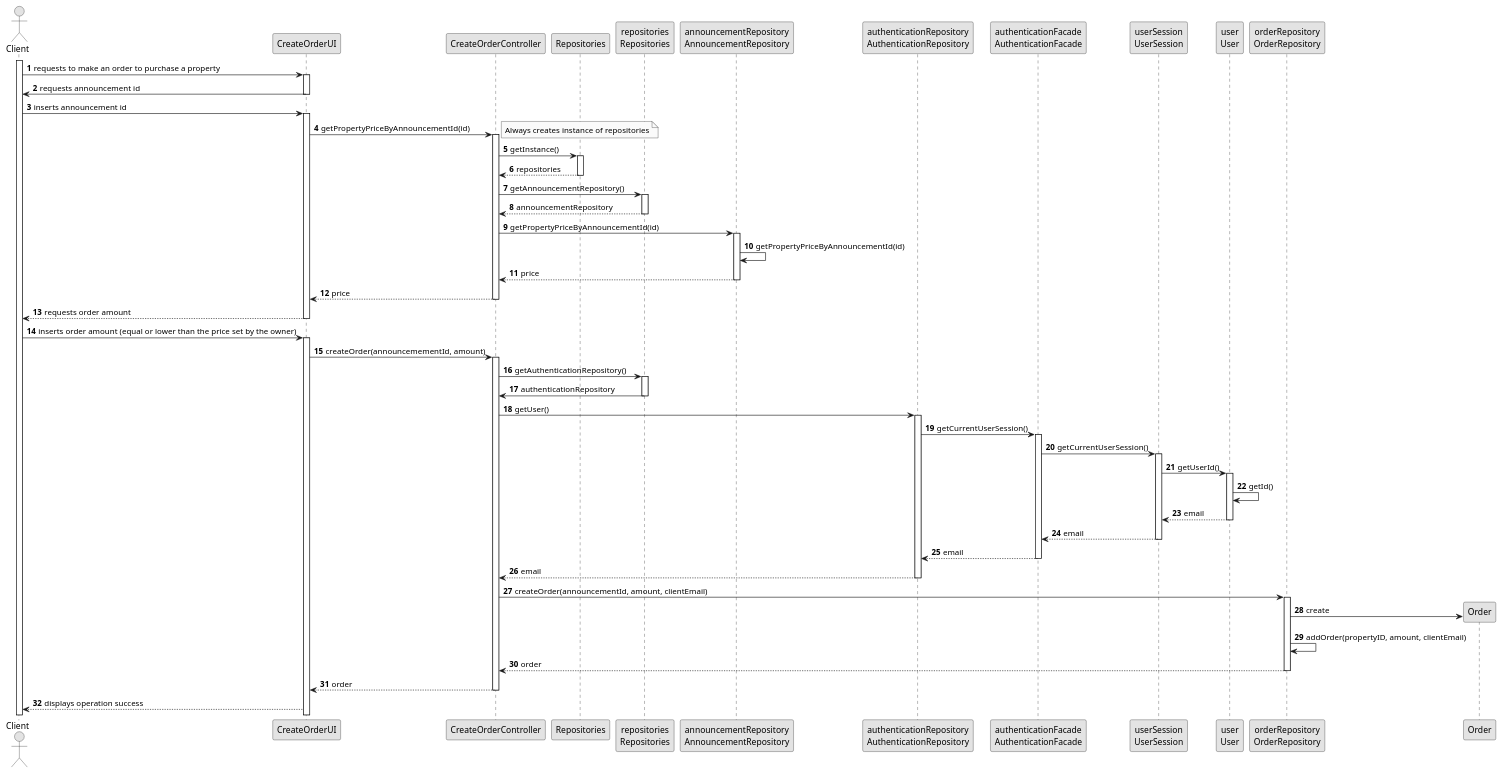
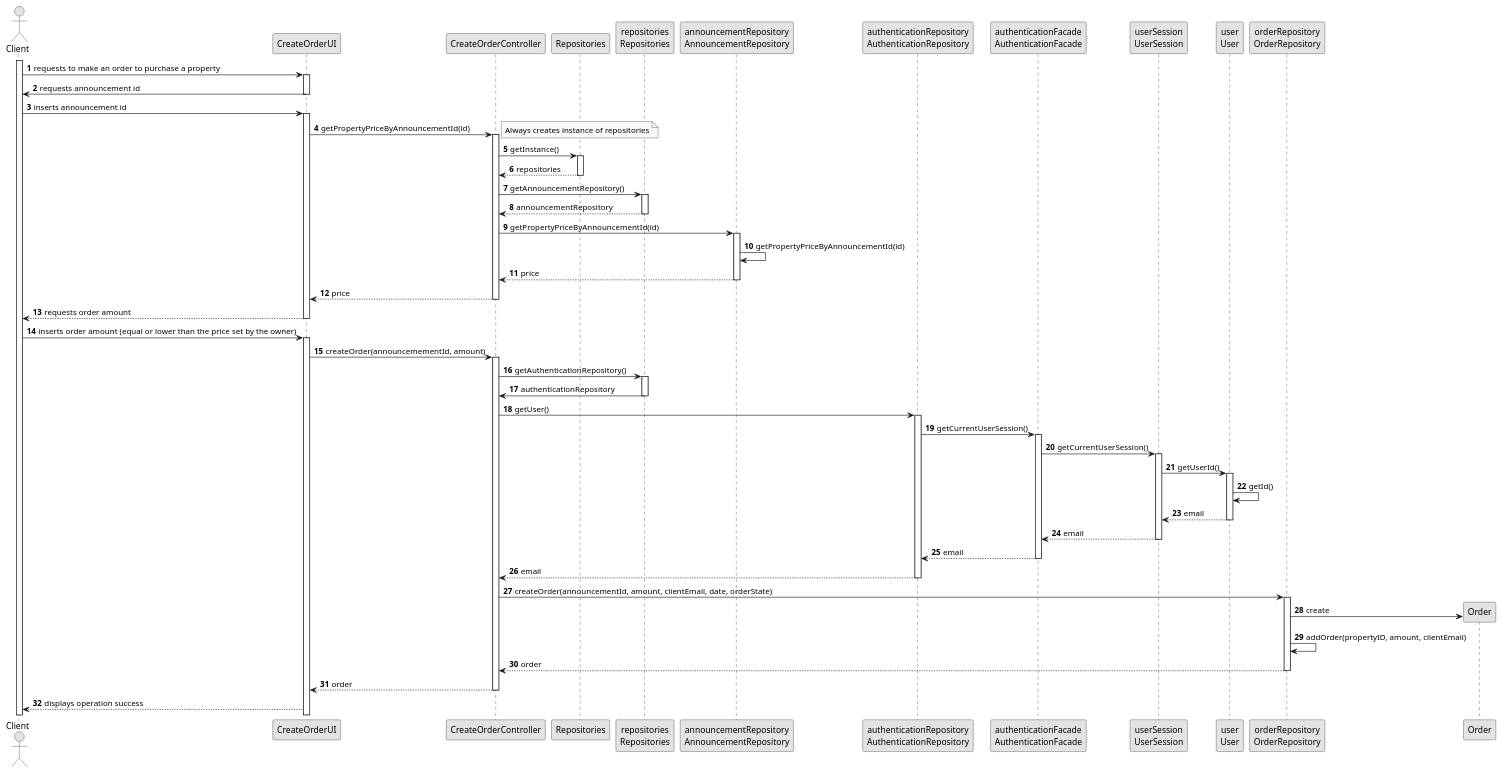
Before and after one commit to Goncalves2525/real-estate-management-system: the diagram in docs/sprintC/us010/03.design/puml/us010-sequence-diagram-full.puml, drawn with PlantUML. The commit also changed 8 other files, not shown here.

```diff
--- a/docs/sprintC/us010/03.design/puml/us010-sequence-diagram-full.puml
+++ b/docs/sprintC/us010/03.design/puml/us010-sequence-diagram-full.puml
@@ -1,128 +1,128 @@
 @startuml
 skinparam monochrome true
 skinparam packageStyle rectangle
 skinparam shadowing false
 
 autonumber
 
 'hide footbox
 actor "Client" as client
 participant "CreateOrderUI" as ui
 participant "CreateOrderController" as ctrl
 participant "Repositories" as REPOS
 participant "repositories\nRepositories" as repos
 participant "announcementRepository\nAnnouncementRepository" as AnnouncementRepository
 participant "authenticationRepository\nAuthenticationRepository" as AuthenticationRepository
 participant "authenticationFacade\nAuthenticationFacade" as AuthenticationFacade
 participant "userSession\nUserSession" as UserSession
 participant "user\nUser" as user
 participant "orderRepository\nOrderRepository" as OrderRepository
 
 
 
 
 
 activate client
 
     client -> ui : requests to make an order to purchase a property
     activate ui
 
     ui -> client : requests announcement id
     deactivate ui
 
     client -> ui : inserts announcement id
     activate ui
 
     ui -> ctrl : getPropertyPriceByAnnouncementId(id)
     activate ctrl
 
     note right
         Always creates instance of repositories
     end note
     ctrl -> REPOS : getInstance()
     activate REPOS
 
     REPOS --> ctrl : repositories
     deactivate REPOS
 
 
 
     ctrl -> repos : getAnnouncementRepository()
     activate repos
 
     repos --> ctrl : announcementRepository
     deactivate repos
 
     ctrl -> AnnouncementRepository : getPropertyPriceByAnnouncementId(id)
     activate AnnouncementRepository
 
     AnnouncementRepository -> AnnouncementRepository : getPropertyPriceByAnnouncementId(id)
 
     AnnouncementRepository --> ctrl : price
     deactivate AnnouncementRepository
 
     ctrl --> ui : price
     deactivate ctrl
 
 
     ui --> client : requests order amount
     deactivate ui
 
     client -> ui : inserts order amount (equal or lower than the price set by the owner)
     activate ui
 
     ui -> ctrl : createOrder(announcemementId, amount)
     activate ctrl
 
 
     ctrl -> repos : getAuthenticationRepository()
     activate repos
 
     repos -> ctrl : authenticationRepository
     deactivate repos
 
     ctrl -> AuthenticationRepository : getUser()
     activate AuthenticationRepository
 
     AuthenticationRepository -> AuthenticationFacade : getCurrentUserSession()
     activate AuthenticationFacade
 
     AuthenticationFacade -> UserSession : getCurrentUserSession()
     activate UserSession
 
     UserSession -> user : getUserId()
     activate user
 
     user -> user : getId()
 
     user --> UserSession : email
     deactivate user
 
     UserSession --> AuthenticationFacade : email
     deactivate UserSession
 
     AuthenticationFacade --> AuthenticationRepository : email
     deactivate AuthenticationFacade
 
     AuthenticationRepository --> ctrl : email
     deactivate AuthenticationRepository
 
-    ctrl -> OrderRepository : createOrder(announcementId, amount, clientEmail)
+    ctrl -> OrderRepository : createOrder(announcementId, amount, clientEmail, date, orderState)
     activate OrderRepository
 
     OrderRepository -> Order** : create
 
     OrderRepository -> OrderRepository : addOrder(propertyID, amount, clientEmail)
 
     OrderRepository --> ctrl : order
     deactivate OrderRepository
 
     ctrl --> ui : order
     deactivate ctrl
 
     ui --> client : displays operation success
 
 
 
 
 @enduml
```
